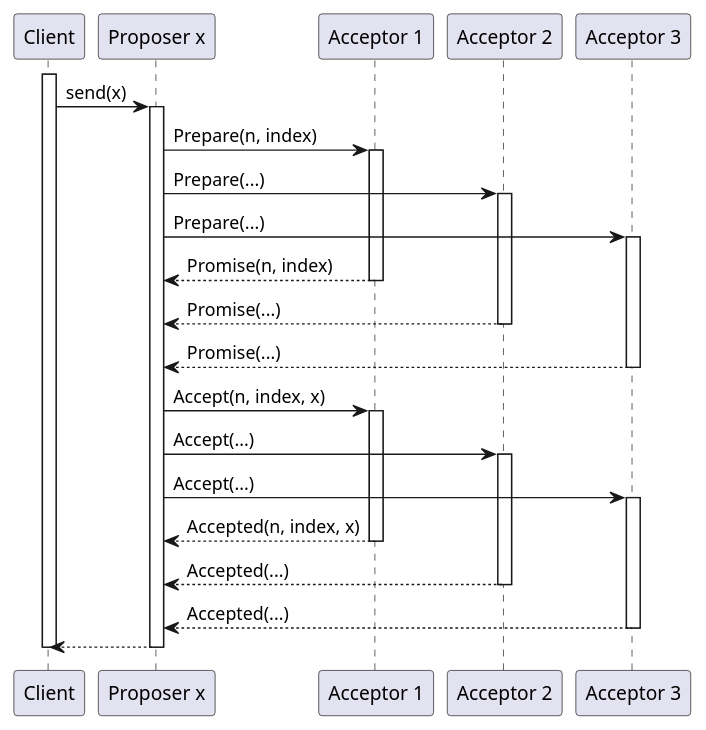
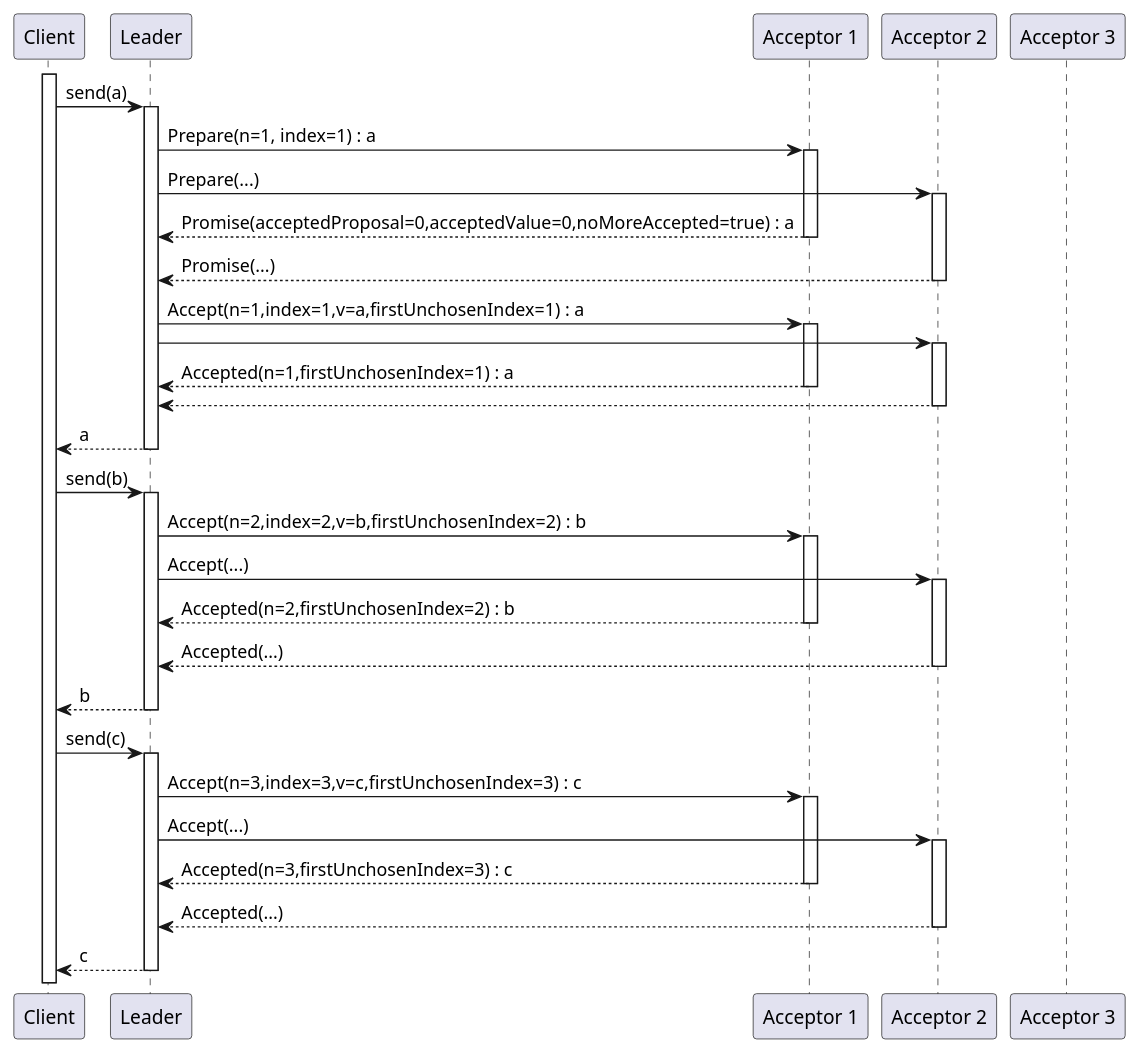
One commit to nocnob/notfound changed the diagram in src/pages/posts/distribution-paxos-multi.adoc. Above: the diagram before and after it, drawn with PlantUML. The commit also changed other lines of this file, not shown here.

Commit message:
修改：     src/pages/posts/distribution-paxos-multi.adoc

```diff
--- a/src/pages/posts/distribution-paxos-multi.adoc
+++ b/src/pages/posts/distribution-paxos-multi.adoc
@@ -13,44 +15,60 @@
 [source,plantuml]
 ----
 @startuml
 participant Client as c
-participant "Proposer x" as p
+participant "Leader" as l
 participant "Acceptor 1" as a1
 participant "Acceptor 2" as a2
 participant "Acceptor 3" as a3
 
 activate c
-c -> p : send(x)
-activate p
+c -> l : send(a)
+activate l
+    l -> a1 : Prepare(n=1, index=1) : a
+    activate a1
+    l -> a2 : Prepare(...)
+    activate a2
+    l <-- a1 : Promise(acceptedProposal=0,acceptedValue=0,noMoreAccepted=true) : a
+    deactivate a1
+    l <-- a2 : Promise(...)
+    deactivate a2
 
-p -> a1 : Prepare(n, index)
-activate a1
-p -> a2 : Prepare(...)
-activate a2
-p -> a3 : Prepare(...)
-activate a3
-p <-- a1 : Promise(n, index)
-deactivate a1
-p <-- a2 : Promise(...)
-deactivate a2
-p <-- a3 : Promise(...)
-deactivate a3
+    l -> a1 : Accept(n=1,index=1,v=a,firstUnchosenIndex=1) : a
+    activate a1
+    l -> a2
+    activate a2
+    l <-- a1 : Accepted(n=1,firstUnchosenIndex=1) : a
+    deactivate a1
+    l <-- a2
+    deactivate a2
+c <-- l : a
+deactivate l
 
-p -> a1 : Accept(n, index, x)
-activate a1
-p -> a2 : Accept(...)
-activate a2
-p -> a3 : Accept(...)
-activate a3
-p <-- a1 : Accepted(n, index, x)
-deactivate a1
-p <-- a2 : Accepted(...)
-deactivate a2
-p <-- a3 : Accepted(...)
-deactivate a3
+c -> l : send(b)
+activate l
+    l -> a1 : Accept(n=2,index=2,v=b,firstUnchosenIndex=2) : b
+    activate a1
+    l -> a2 : Accept(...)
+    activate a2
+    l <-- a1 : Accepted(n=2,firstUnchosenIndex=2) : b
+    deactivate a1
+    l <-- a2 : Accepted(...)
+    deactivate a2
+c <-- l : b
+deactivate l
 
-c <-- p
-deactivate p
-deactivate c
+
+c -> l : send(c)
+activate l
+    l -> a1 : Accept(n=3,index=3,v=c,firstUnchosenIndex=3) : c
+    activate a1
+    l -> a2 : Accept(...)
+    activate a2
+    l <-- a1 : Accepted(n=3,firstUnchosenIndex=3) : c
+    deactivate a1
+    l <-- a2 : Accepted(...)
+    deactivate a2
+c <-- l : c
+deactivate l
 @enduml
 ----
```
